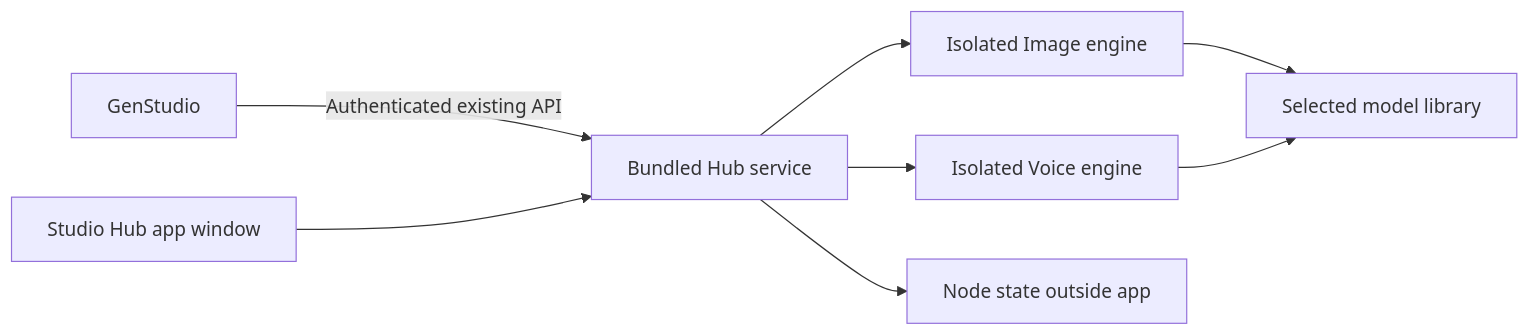
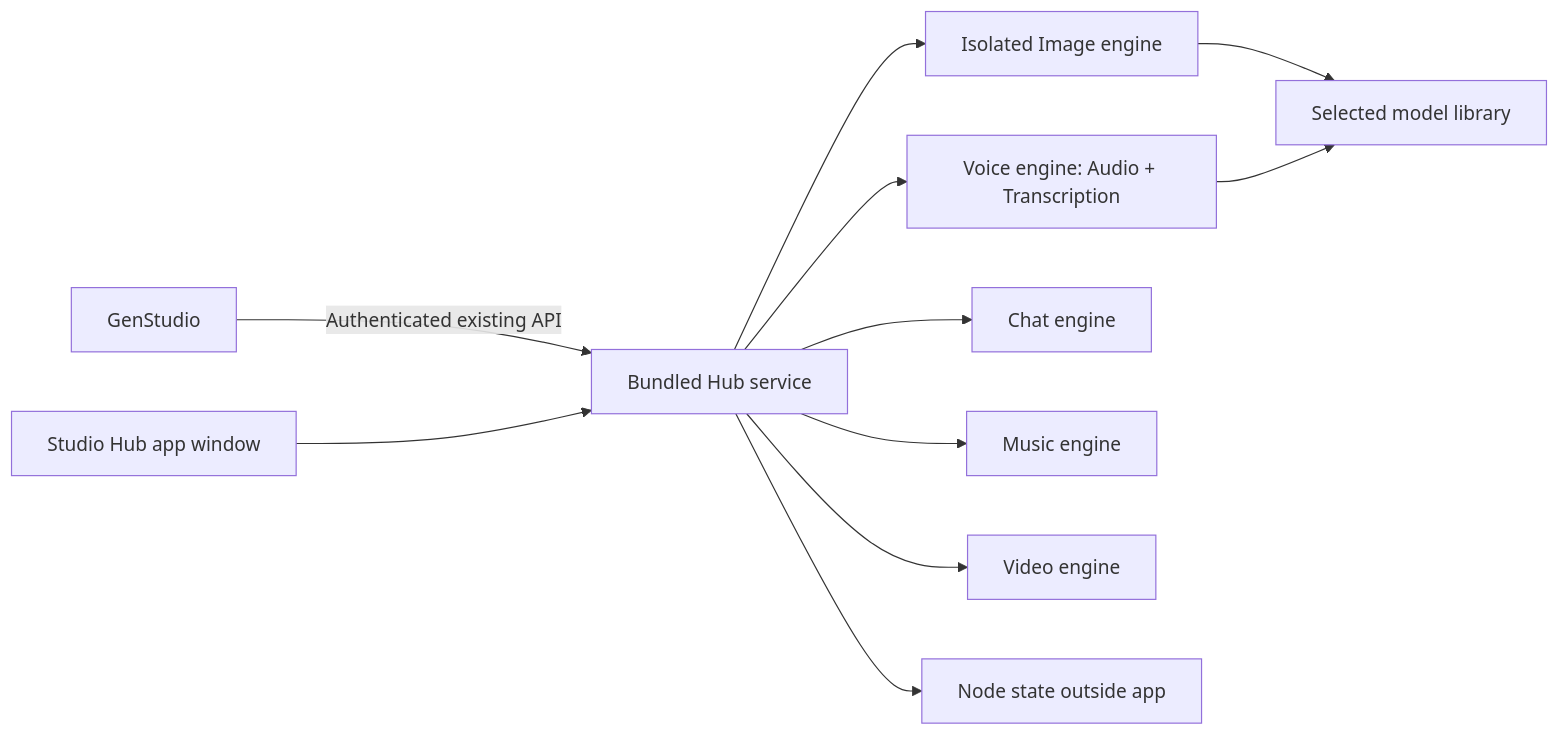
The diagram in docs/standalone-plan.md (theng12/hub-studio-kh), drawn with Mermaid before and after one commit. The commit also changed other lines of this file and 19 other files, not shown here.

Commit message:
Add native Audio and Transcription app preview with six-function navigation

````diff
--- a/docs/standalone-plan.md
+++ b/docs/standalone-plan.md
@@ -30,10 +30,13 @@
 ```mermaid
 flowchart LR
   G[GenStudio] -->|Authenticated existing API| H[Bundled Hub service]
   U[Studio Hub app window] --> H
   H --> I[Isolated Image engine]
-  H --> V[Isolated Voice engine]
+  H --> V[Voice engine: Audio + Transcription]
+  H --> C[Chat engine]
+  H --> A[Music engine]
+  H --> F[Video engine]
   H --> D[Node state outside app]
   I --> M[Selected model library]
   V --> M
 ```
````
